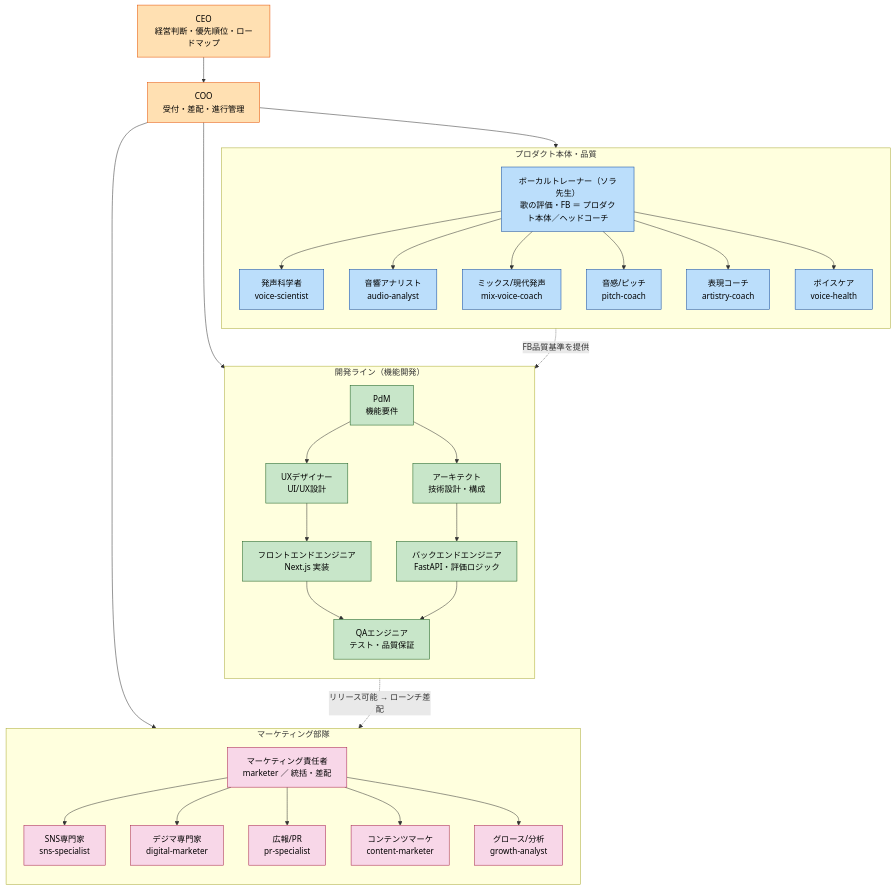
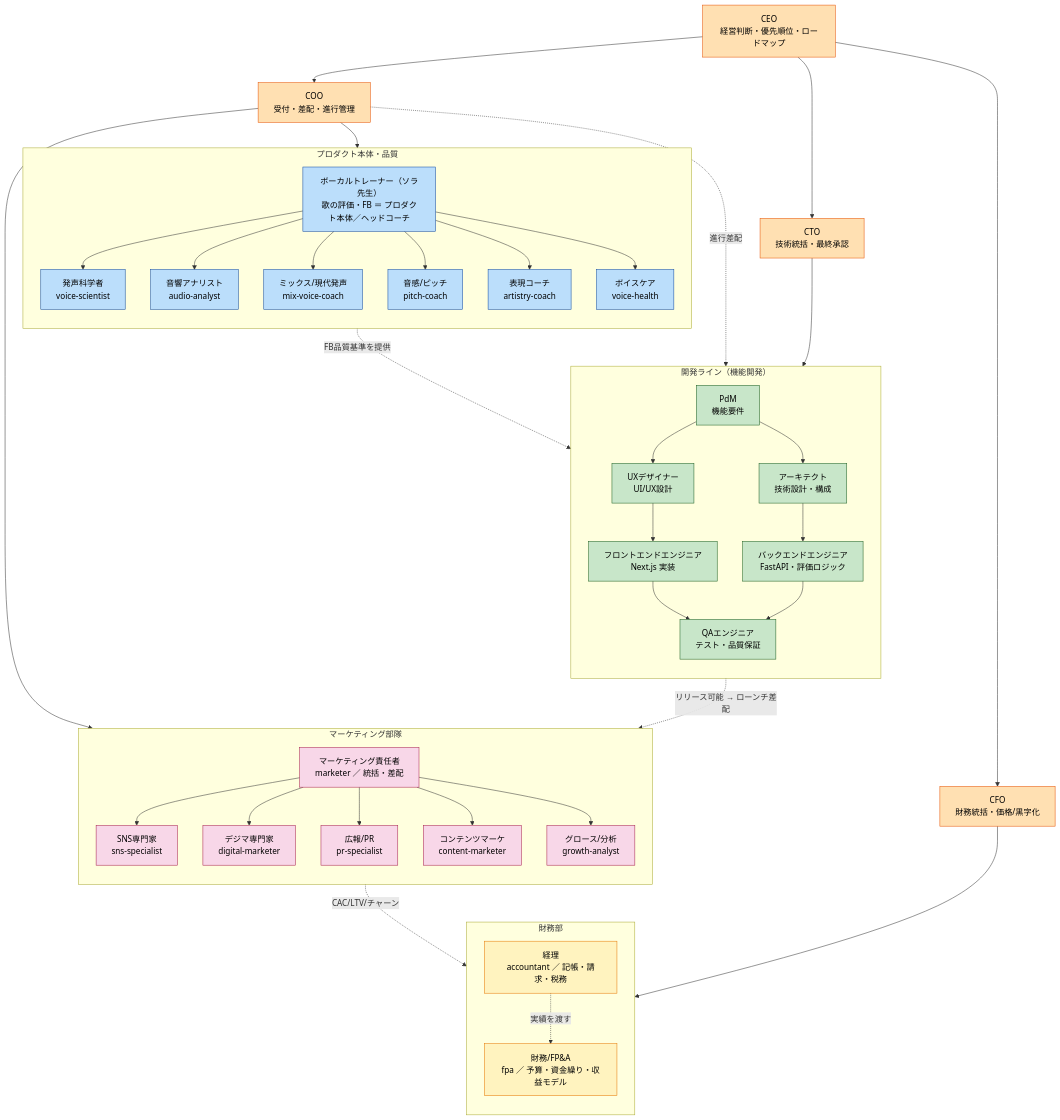
Before and after one commit to maru0814/vocalcoach: the first of 2 diagrams in docs/42_組織図_現状.md, drawn with Mermaid. The commit also changed other lines of this file and 6 other files, not shown here.

First line of the commit message:
feat: CTO・CFO と財務部を新設

````diff
--- a/docs/42_組織図_現状.md
+++ b/docs/42_組織図_現状.md
@@ -13,56 +20,72 @@
 ```mermaid
 graph TD
     CEO["CEO<br/>経営判断・優先順位・ロードマップ"]
     COO["COO<br/>受付・差配・進行管理"]
+    CTO["CTO<br/>技術統括・最終承認"]
+    CFO["CFO<br/>財務統括・価格/黒字化"]
     CEO --> COO
+    CEO --> CTO
+    CEO --> CFO
 
-    %% ── 3本柱に分岐 ──
-    COO --> PDM
+    %% ── 部門に接続 ──
+    CTO --> PDM
+    COO -. 進行差配 .-> PDM
     COO --> VT
     COO --> MKT
+    CFO --> ACC
 
     subgraph DEV["開発ライン（機能開発）"]
       direction TB
       PDM["PdM<br/>機能要件"]
       PDM --> DES["UXデザイナー<br/>UI/UX設計"]
       PDM --> ARC["アーキテクト<br/>技術設計・構成"]
       DES --> FE["フロントエンドエンジニア<br/>Next.js 実装"]
       ARC --> BE["バックエンドエンジニア<br/>FastAPI・評価ロジック"]
       FE --> QA["QAエンジニア<br/>テスト・品質保証"]
       BE --> QA
     end
 
     subgraph PROD["プロダクト本体・品質"]
       direction TB
       VT["ボーカルトレーナー（ソラ先生）<br/>歌の評価・FB ＝ プロダクト本体／ヘッドコーチ"]
       VT --> VSCI["発声科学者<br/>voice-scientist"]
       VT --> AUD["音響アナリスト<br/>audio-analyst"]
       VT --> MIX["ミックス/現代発声<br/>mix-voice-coach"]
       VT --> PIT["音感/ピッチ<br/>pitch-coach"]
       VT --> ART["表現コーチ<br/>artistry-coach"]
       VT --> VH["ボイスケア<br/>voice-health"]
     end
 
     subgraph MKTG["マーケティング部隊"]
       direction TB
       MKT["マーケティング責任者<br/>marketer ／ 統括・差配"]
       MKT --> SNS["SNS専門家<br/>sns-specialist"]
       MKT --> DM["デジマ専門家<br/>digital-marketer"]
       MKT --> PR["広報/PR<br/>pr-specialist"]
       MKT --> CM["コンテンツマーケ<br/>content-marketer"]
       MKT --> GA["グロース/分析<br/>growth-analyst"]
     end
 
+    subgraph FIN["財務部"]
+      direction TB
+      ACC["経理<br/>accountant ／ 記帳・請求・税務"]
+      FPA["財務/FP&A<br/>fpa ／ 予算・資金繰り・収益モデル"]
+      ACC -. 実績を渡す .-> FPA
+    end
+
     %% 横連携（上下関係ではない）
     VT -. "FB品質基準を提供" .-> BE
     QA -. "リリース可能 → ローンチ差配" .-> MKT
+    GA -. "CAC/LTV/チャーン" .-> FPA
 
     classDef exec fill:#ffe0b2,stroke:#e65100,color:#000;
     classDef product fill:#c8e6c9,stroke:#1b5e20,color:#000;
     classDef coach fill:#bbdefb,stroke:#0d47a1,color:#000;
     classDef mkt fill:#f8d7e8,stroke:#a61e4d,color:#000;
-    class CEO,COO exec;
+    classDef fin fill:#fff3bf,stroke:#e67700,color:#000;
+    class CEO,COO,CTO,CFO exec;
     class PDM,DES,ARC,FE,BE,QA product;
     class VT,VSCI,AUD,MIX,PIT,ART,VH coach;
     class MKT,SNS,DM,PR,CM,GA mkt;
+    class ACC,FPA fin;
 ```
````
